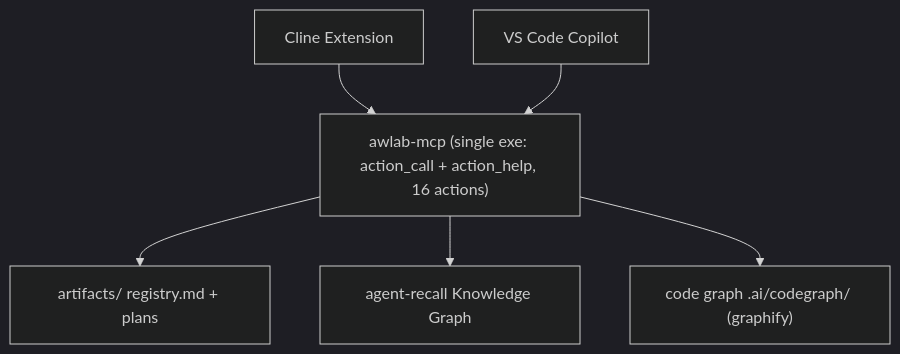
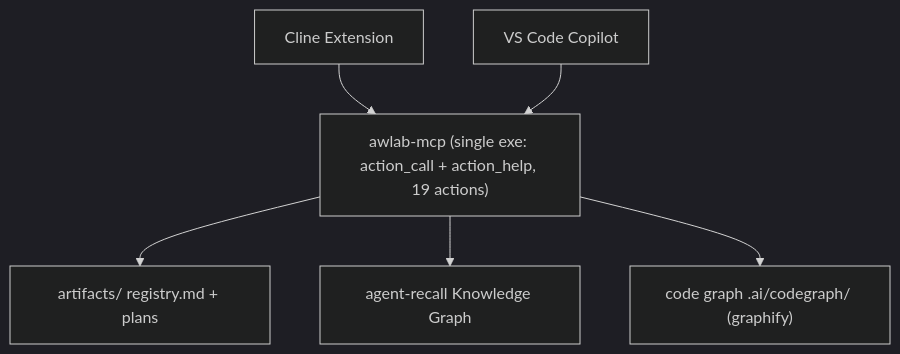
Before and after one commit to awsomplak/awlab-ai-assistant: the diagram in README.md, drawn with Mermaid (dark theme). The commit also changed other lines of this file and 9 other files, not shown here.

First line of the commit message:
[upd] Docs: changelog, readmes, available tools, registry schema, rules, skills

````diff
--- a/README.md
+++ b/README.md
@@ -27,15 +29,15 @@
 ```mermaid
 graph TB
   CL["Cline Extension"]
   CP["VS Code Copilot"]
-  AM["awlab-mcp (single exe: action_call + action_help, 16 actions)"]
+  AM["awlab-mcp (single exe: action_call + action_help, 19 actions)"]
   ART["artifacts/ registry.md + plans"]
   AG["agent-recall Knowledge Graph"]
   CG["code graph .ai/codegraph/ (graphify)"]
 
   CL --> AM
   CP --> AM
   AM --> ART
   AM --> AG
   AM --> CG
 ```
````
